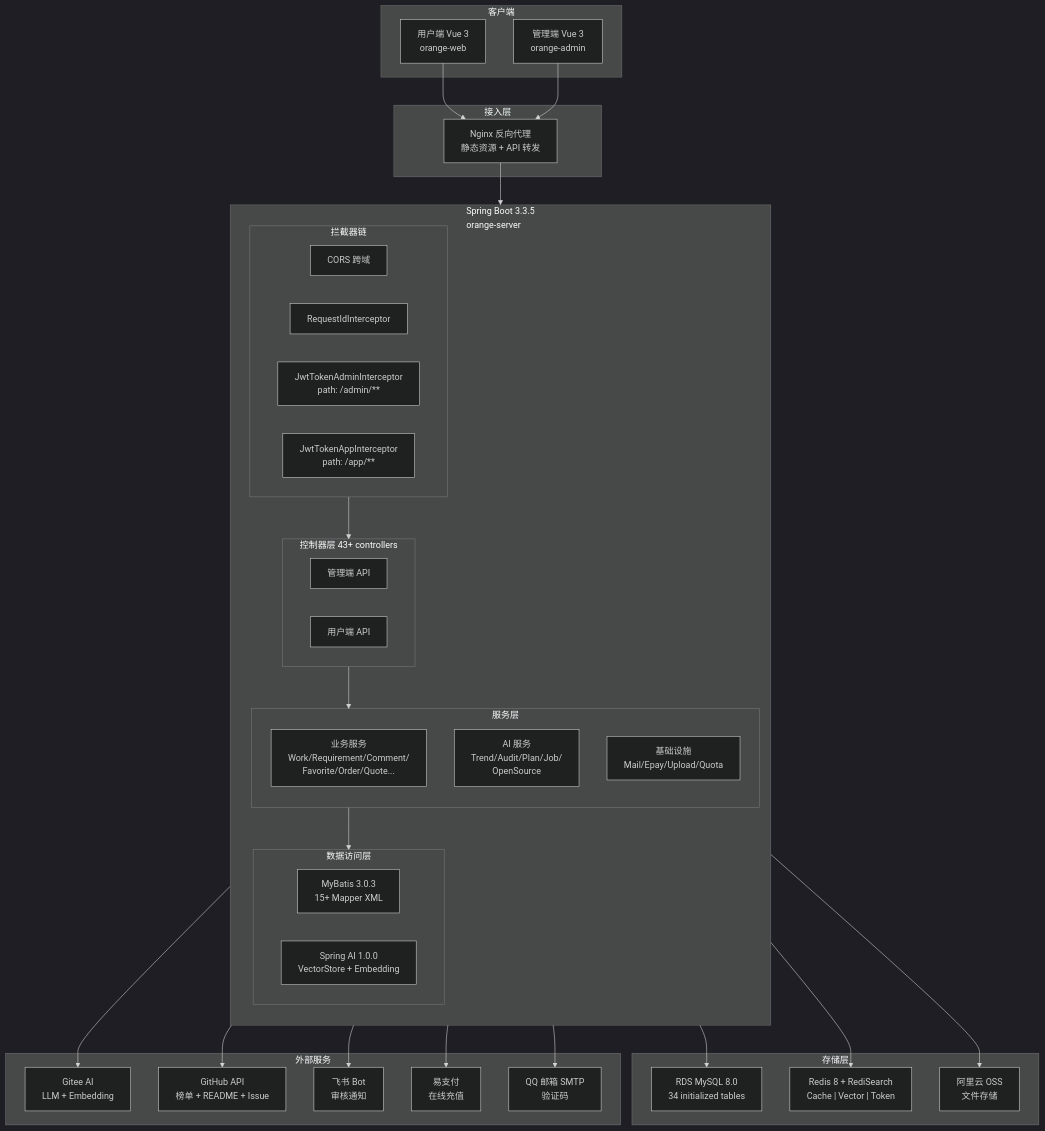
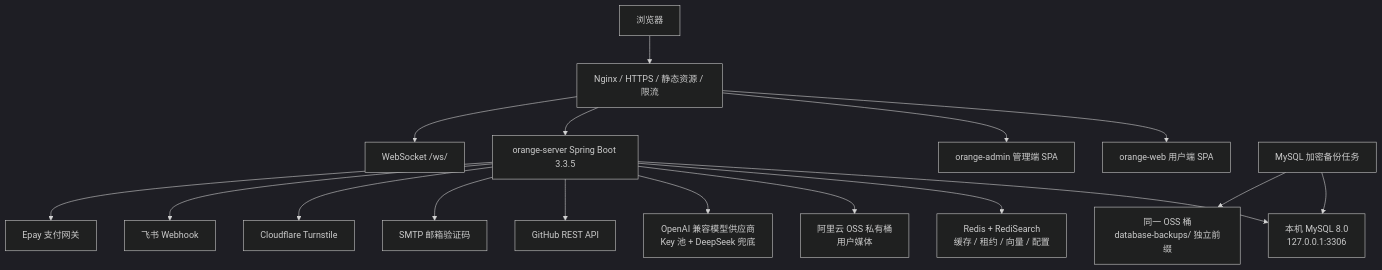
Before and after one commit to Orange-ui0811/BigOrange: the first of 3 diagrams in docs/OrangeJD系统架构设计说明书.md, drawn with Mermaid (dark theme). The commit also changed other lines of this file and 306 other files, not shown here.

````diff
--- a/docs/OrangeJD系统架构设计说明书.md
+++ b/docs/OrangeJD系统架构设计说明书.md
@@ -102,67 +60,22 @@
 ```mermaid
-graph TB
-    subgraph Client["客户端"]
-        Web["用户端 Vue 3<br/>orange-web"]
-        Admin["管理端 Vue 3<br/>orange-admin"]
-    end
+flowchart TB
+    Browser["浏览器"] --> Nginx["Nginx / HTTPS / 静态资源 / 限流"]
+    Nginx --> Web["orange-web 用户端 SPA"]
+    Nginx --> Admin["orange-admin 管理端 SPA"]
+    Nginx --> App["orange-server Spring Boot 3.3.5"]
+    Nginx --> WS["WebSocket /ws/"]
 
-    subgraph Gateway["接入层"]
-        Nginx["Nginx 反向代理<br/>静态资源 + API 转发"]
-    end
+    App --> MySQL["本机 MySQL 8.0\n127.0.0.1:3306"]
+    App --> Redis["Redis + RediSearch\n缓存 / 租约 / 向量 / 配置"]
+    App --> OSS["阿里云 OSS 私有桶\n用户媒体"]
 
-    subgraph Server["Spring Boot 3.3.5<br/>orange-server"]
-        direction TB
+    App --> AI["OpenAI 兼容模型供应商\nKey 池 + DeepSeek 兜底"]
+    App --> GitHub["GitHub REST API"]
+    App --> SMTP["SMTP 邮箱验证码"]
+    App --> Turnstile["Cloudflare Turnstile"]
+    App --> Feishu["飞书 Webhook"]
+    App --> Epay["Epay 支付网关"]
 
-        subgraph Interceptor["拦截器链"]
-            CORS["CORS 跨域"]
-            ReqID["RequestIdInterceptor"]
-            JWT_A["JwtTokenAdminInterceptor<br/>path: /admin/**"]
-            JWT_U["JwtTokenAppInterceptor<br/>path: /app/**"]
-        end
-
-        subgraph Controller["控制器层 43+ controllers"]
-            AdminAPI["管理端 API"]
-            AppAPI["用户端 API"]
-        end
-
-        subgraph Service["服务层"]
-            BizSvc["业务服务<br/>Work/Requirement/Comment/<br/>Favorite/Order/Quote..."]
-            AISvc["AI 服务<br/>Trend/Audit/Plan/Job/<br/>OpenSource"]
-            InfraSvc["基础设施<br/>Mail/Epay/Upload/Quota"]
-        end
-
-        subgraph DataAccess["数据访问层"]
-            MyBatis["MyBatis 3.0.3<br/>15+ Mapper XML"]
-            SpringAI["Spring AI 1.0.0<br/>VectorStore + Embedding"]
-        end
-    end
-
-    subgraph Storage["存储层"]
-        MySQL["RDS MySQL 8.0<br/>34 initialized tables"]
-        Redis["Redis 8 + RediSearch<br/>Cache | Vector | Token"]
-        OSS["阿里云 OSS<br/>文件存储"]
-    end
-
-    subgraph External["外部服务"]
-        GiteeAI["Gitee AI<br/>LLM + Embedding"]
-        GitHub["GitHub API<br/>榜单 + README + Issue"]
-        Feishu["飞书 Bot<br/>审核通知"]
-        Epay["易支付<br/>在线充值"]
-        SMTP["QQ 邮箱 SMTP<br/>验证码"]
-    end
-
-    Web --> Nginx
-    Admin --> Nginx
-    Nginx --> Interceptor
-    Interceptor --> Controller
-    Controller --> Service
-    Service --> DataAccess
-    DataAccess --> MySQL
-    DataAccess --> Redis
-    DataAccess --> OSS
-    AISvc --> GiteeAI
-    AISvc --> GitHub
-    AISvc --> Feishu
-    AISvc --> Epay
-    InfraSvc --> SMTP
+    Backup["MySQL 加密备份任务"] --> MySQL
+    Backup --> BackupPrefix["同一 OSS 桶\ndatabase-backups/ 独立前缀"]
 ```
````
